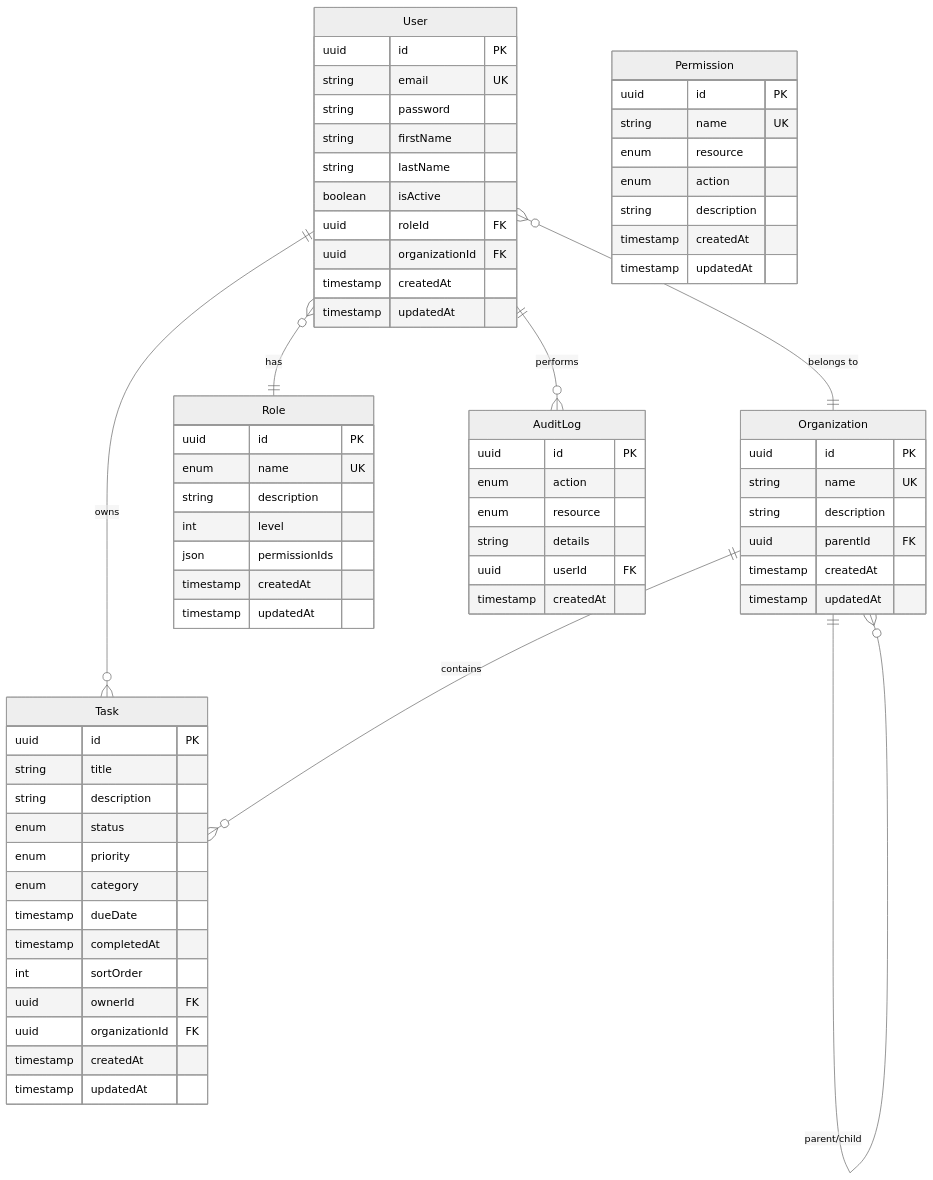
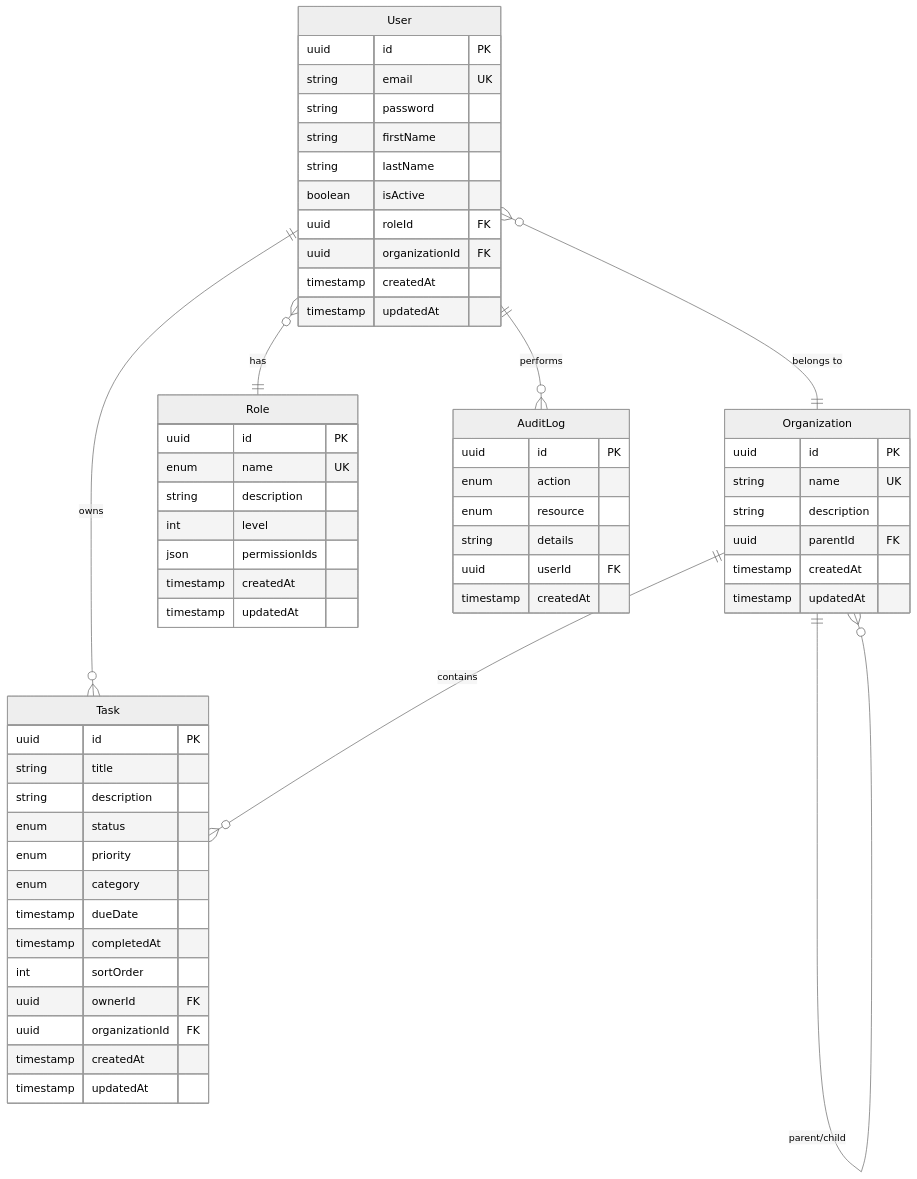
Before and after one commit to tejaswadiwala/secure-task-management-system: the diagram in README.md, drawn with Mermaid (neutral theme). The commit also changed other lines of this file and 1 other file, not shown here.

````diff
--- a/README.md
+++ b/README.md
@@ -50,76 +50,68 @@
 ```mermaid
 erDiagram
     User {
         uuid id PK
         string email UK
         string password
         string firstName
         string lastName
         boolean isActive
         uuid roleId FK
         uuid organizationId FK
         timestamp createdAt
         timestamp updatedAt
     }
     
     Organization {
         uuid id PK
         string name UK
         string description
         uuid parentId FK
         timestamp createdAt
         timestamp updatedAt
     }
     
     Role {
         uuid id PK
         enum name UK
         string description
         int level
         json permissionIds
         timestamp createdAt
         timestamp updatedAt
     }
     
-    Permission {
-        uuid id PK
-        string name UK
-        enum resource
-        enum action
-        string description
-        timestamp createdAt
-        timestamp updatedAt
-    }
+
     
     Task {
         uuid id PK
         string title
         string description
         enum status
         enum priority
         enum category
         timestamp dueDate
         timestamp completedAt
         int sortOrder
         uuid ownerId FK
         uuid organizationId FK
         timestamp createdAt
         timestamp updatedAt
     }
 
     AuditLog {
         uuid id PK
         enum action
         enum resource
         string details
         uuid userId FK
         timestamp createdAt
     }
 
     User }o--|| Role : "has"
     User }o--|| Organization : "belongs to"
     Organization ||--o{ Organization : "parent/child"
     User ||--o{ Task : "owns"
     Organization ||--o{ Task : "contains"
     User ||--o{ AuditLog : "performs"
 ```
````
